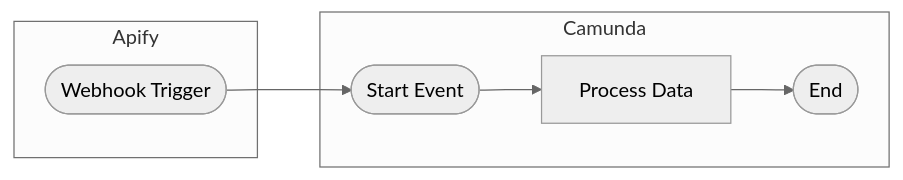
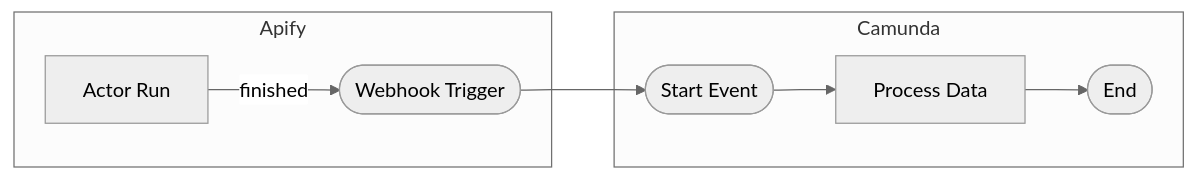
One commit to apify/apify-camunda-integration changed the first of 5 diagrams in CONTRIBUTING.md. Above: the diagram before and after it, drawn with Mermaid (neutral theme). The commit also changed other lines of this file and 1 other file, not shown here.

````diff
--- a/CONTRIBUTING.md
+++ b/CONTRIBUTING.md
@@ -257,10 +257,10 @@
 ```mermaid
 graph LR
     subgraph Apify
-        A([Webhook Trigger])
+        AR[Actor Run] -->|finished| A([Webhook Trigger])
     end
     subgraph Camunda
         B([Start Event]) --> C[Process Data] --> D([End])
     end
     A --> B
 ```
````
